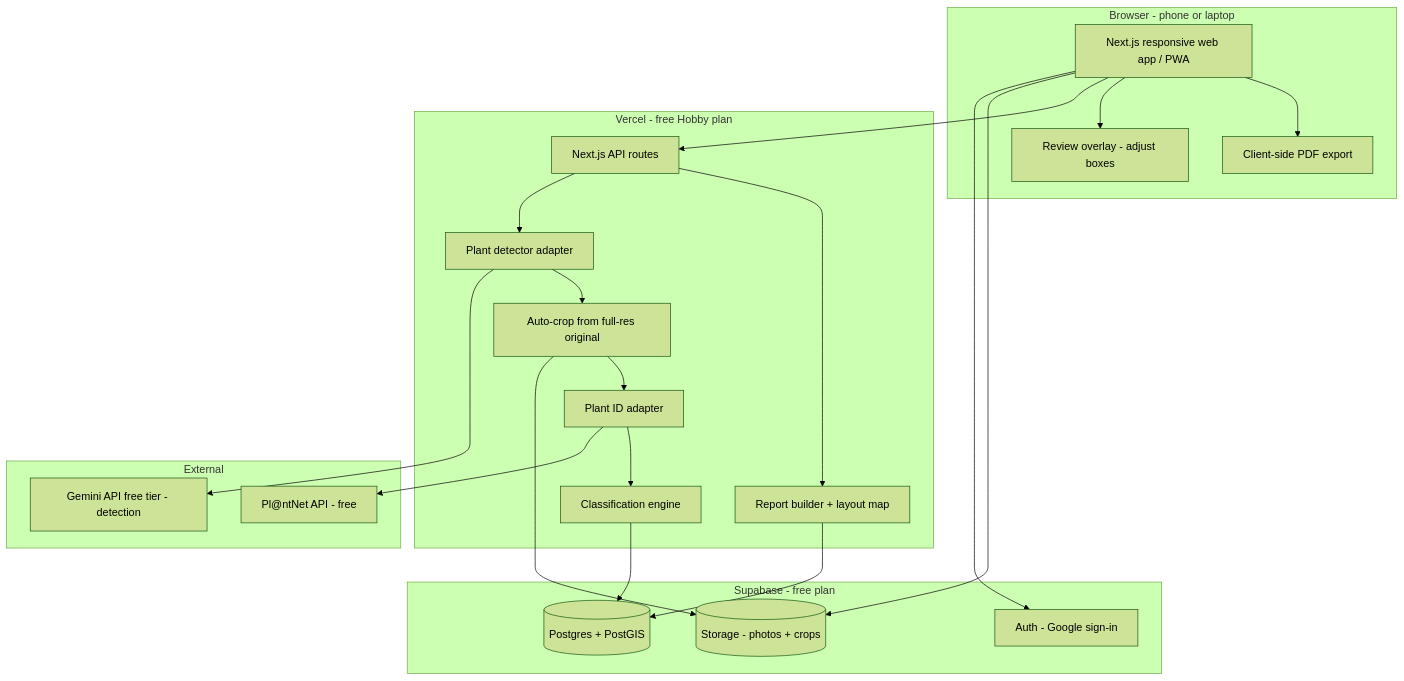
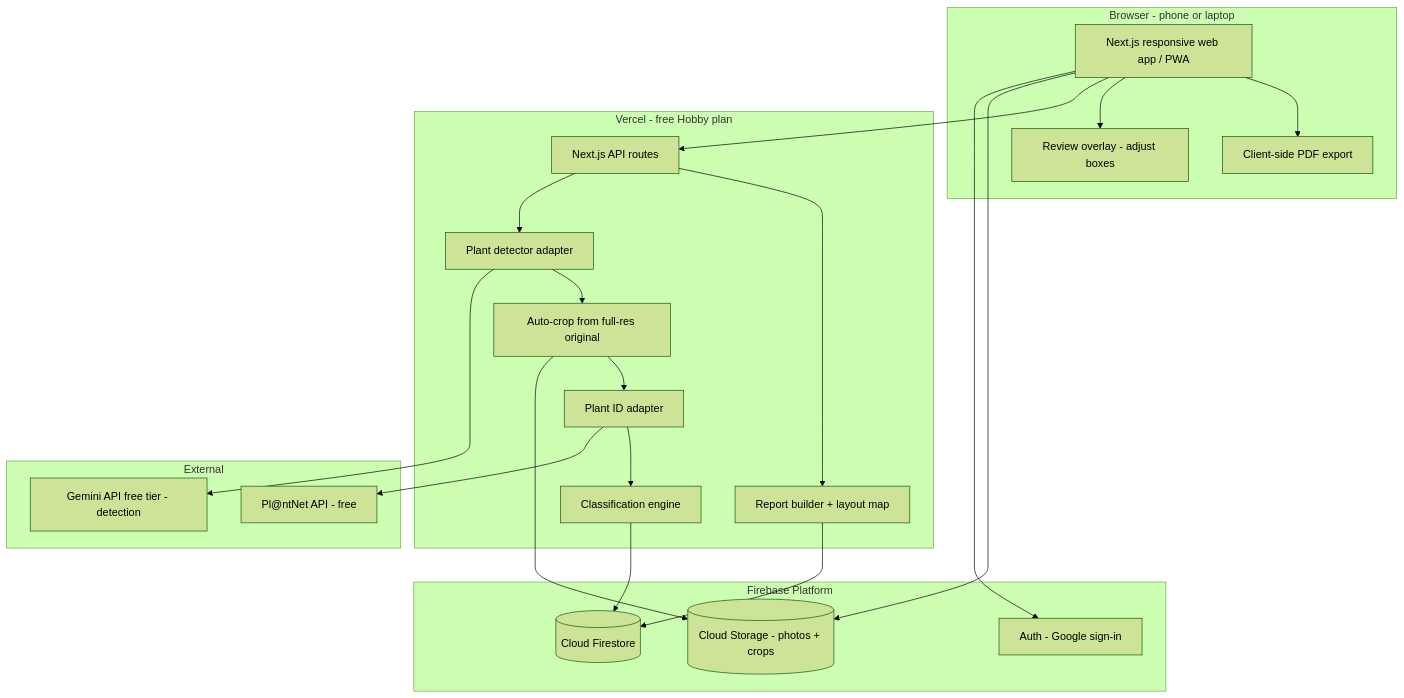
The second of 3 diagrams in docs/SPEC.md (RoboRoversReborn/NativeYard-1), drawn with Mermaid (forest theme) before and after one commit. The commit also changed other lines of this file and 10 other files, not shown here.

Commit message:
chore: setup .gitignore for Firebase, purge legacy Supabase files, and update README

````diff
--- a/docs/SPEC.md
+++ b/docs/SPEC.md
@@ -218,41 +218,41 @@
 ```mermaid
 flowchart TB
     subgraph Client["Browser - phone or laptop"]
         W["Next.js responsive web app / PWA"]
         OV["Review overlay - adjust boxes"]
         PDFC["Client-side PDF export"]
     end
     subgraph Vercel["Vercel - free Hobby plan"]
         API["Next.js API routes"]
         DET["Plant detector adapter"]
         CROP["Auto-crop from full-res original"]
         ID["Plant ID adapter"]
         CL["Classification engine"]
         RG["Report builder + layout map"]
     end
-    subgraph Supabase["Supabase - free plan"]
+    subgraph Firebase["Firebase Platform"]
         AUTH["Auth - Google sign-in"]
-        DB[("Postgres + PostGIS")]
-        OBJ[("Storage - photos + crops")]
+        DB[("Cloud Firestore")]
+        OBJ[("Cloud Storage - photos + crops")]
     end
     subgraph External
         GEM["Gemini API free tier - detection"]
         PN["Pl@ntNet API - free"]
     end
 
     W --> AUTH
     W --> OBJ
     W --> API
     API --> DET
     DET --> GEM
     DET --> CROP
     CROP --> OBJ
     CROP --> ID
     ID --> PN
     ID --> CL
     CL --> DB
     W --> OV
     API --> RG
     RG --> DB
     W --> PDFC
 ```
````
